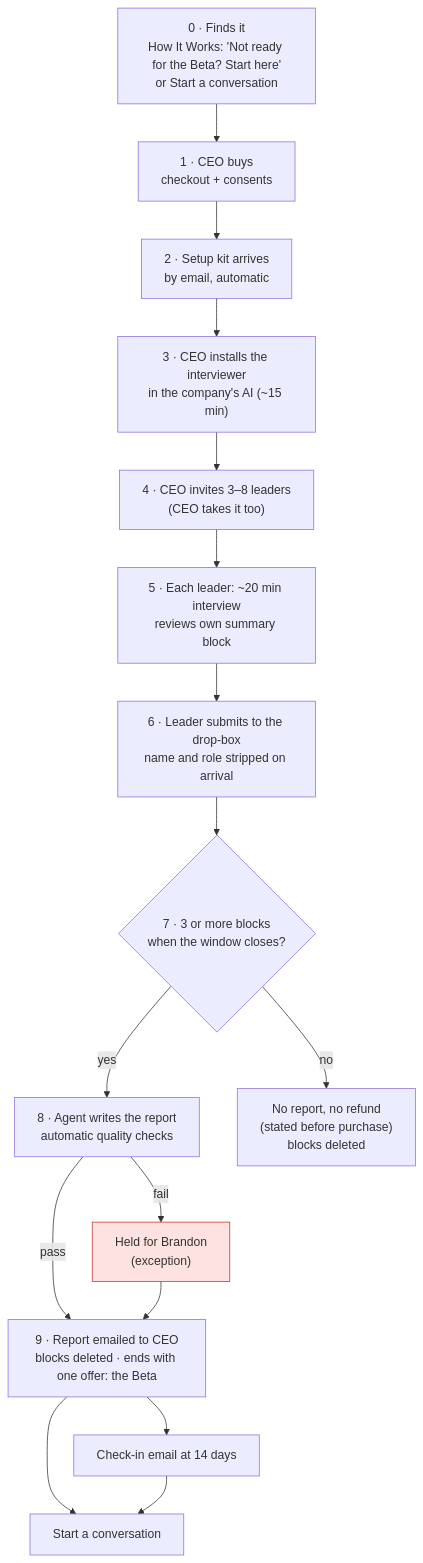
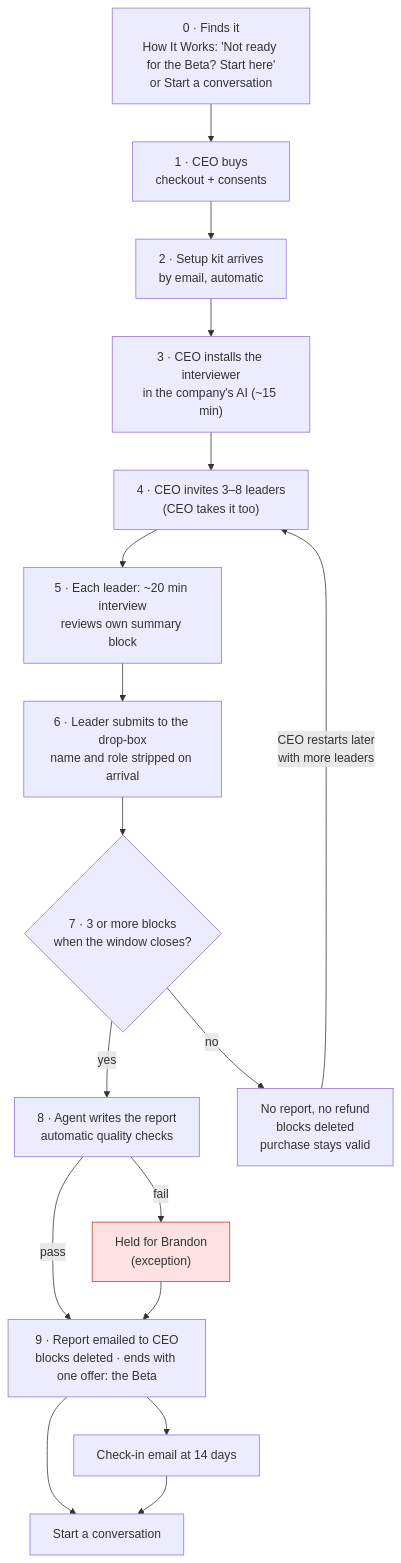
One commit to FranklinKinetics/Labs-Agents changed the diagram in products/rotor-alignment-diagnostic/02-product-spec.md. Above: the diagram before and after it, drawn with Mermaid. The commit also changed other lines of this file and 2 other files, not shown here.

````diff
--- a/products/rotor-alignment-diagnostic/02-product-spec.md
+++ b/products/rotor-alignment-diagnostic/02-product-spec.md
@@ -33,22 +33,23 @@
 ```mermaid
 flowchart TD
   S0["0 · Finds it<br/>How It Works: 'Not ready for the Beta? Start here'<br/>or Start a conversation"] --> S1
   S1["1 · CEO buys<br/>checkout + consents"] --> S2
   S2["2 · Setup kit arrives<br/>by email, automatic"] --> S3
   S3["3 · CEO installs the interviewer<br/>in the company's AI (~15 min)"] --> S4
   S4["4 · CEO invites 3–8 leaders<br/>(CEO takes it too)"] --> S5
   S5["5 · Each leader: ~20 min interview<br/>reviews own summary block"] --> S6
   S6["6 · Leader submits to the drop-box<br/>name and role stripped on arrival"] --> S7
   S7{"7 · 3 or more blocks<br/>when the window closes?"}
   S7 -- yes --> S8["8 · Agent writes the report<br/>automatic quality checks"]
-  S7 -- no --> R["No report, no refund<br/>(stated before purchase)<br/>blocks deleted"]
+  S7 -- no --> R["No report, no refund<br/>blocks deleted<br/>purchase stays valid"]
+  R -->|"CEO restarts later<br/>with more leaders"| S4
   S8 -- pass --> S9["9 · Report emailed to CEO<br/>blocks deleted · ends with one offer: the Beta"]
   S8 -- fail --> X["Held for Brandon<br/>(exception)"]
   X --> S9
   S9 --> C14["Check-in email at 14 days"]
   S9 --> B["Start a conversation"]
   C14 --> B
 
   classDef touch fill:#fde2e1,stroke:#c0392b;
   class X touch;
 ```
````
